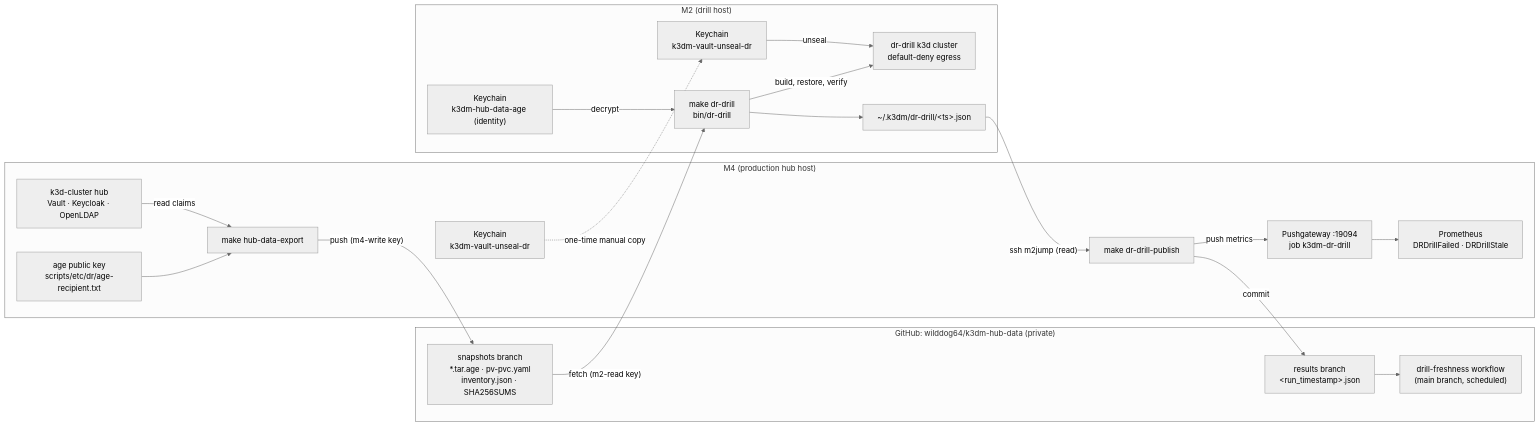
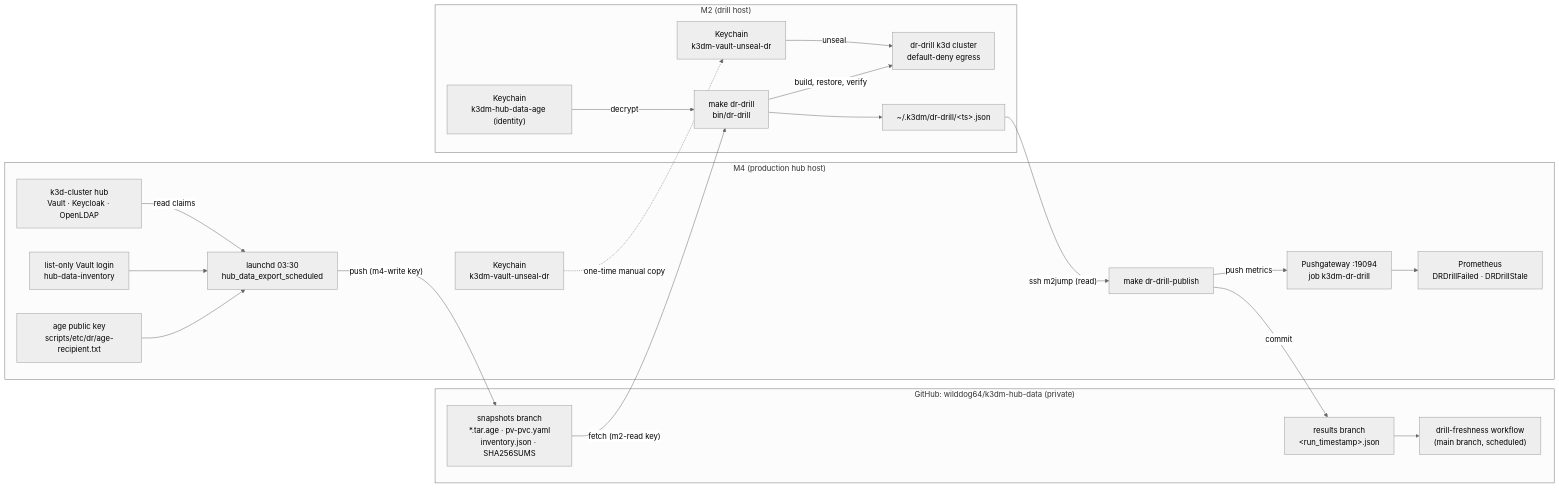
The first of 2 diagrams in docs/architecture/hub-dr-drill.md (wilddog64/k3d-manager), drawn with Mermaid (neutral theme) before and after one commit. The commit also changed other lines of this file and 8 other files, not shown here.

First line of the commit message:
feat(dr): daily unattended hub data export with 5-day retention

````diff
--- a/docs/architecture/hub-dr-drill.md
+++ b/docs/architecture/hub-dr-drill.md
@@ -15,41 +18,43 @@
 ```mermaid
 flowchart LR
     subgraph M4["M4 (production hub host)"]
         Hub["k3d-cluster hub<br/>Vault · Keycloak · OpenLDAP"]
-        Export["make hub-data-export"]
+        Export["launchd 03:30<br/>hub_data_export_scheduled"]
+        Login["list-only Vault login<br/>hub-data-inventory"]
         Publish["make dr-drill-publish"]
         Recipient["age public key<br/>scripts/etc/dr/age-recipient.txt"]
         PGW["Pushgateway :19094<br/>job k3dm-dr-drill"]
         Prom["Prometheus<br/>DRDrillFailed · DRDrillStale"]
         ShardsM4["Keychain<br/>k3dm-vault-unseal-dr"]
     end
 
     subgraph GH["GitHub: wilddog64/k3dm-hub-data (private)"]
         Snap["snapshots branch<br/>*.tar.age · pv-pvc.yaml<br/>inventory.json · SHA256SUMS"]
         Results["results branch<br/>&lt;run_timestamp&gt;.json"]
         Fresh["drill-freshness workflow<br/>(main branch, scheduled)"]
     end
 
     subgraph M2["M2 (drill host)"]
         Drill["make dr-drill<br/>bin/dr-drill"]
         Identity["Keychain<br/>k3dm-hub-data-age (identity)"]
         ShardsM2["Keychain<br/>k3dm-vault-unseal-dr"]
         DrillHub["dr-drill k3d cluster<br/>default-deny egress"]
         Result["~/.k3dm/dr-drill/&lt;ts&gt;.json"]
     end
 
     Hub -->|"read claims"| Export
+    Login --> Export
     Recipient --> Export
     Export -->|"push (m4-write key)"| Snap
     Snap -->|"fetch (m2-read key)"| Drill
     Identity -->|"decrypt"| Drill
     ShardsM2 -->|"unseal"| DrillHub
     Drill -->|"build, restore, verify"| DrillHub
     Drill --> Result
     Result -->|"ssh m2jump (read)"| Publish
     Publish -->|"commit"| Results
     Publish -->|"push metrics"| PGW
     PGW --> Prom
     Results --> Fresh
     ShardsM4 -.->|"one-time manual copy"| ShardsM2
 ```
````
